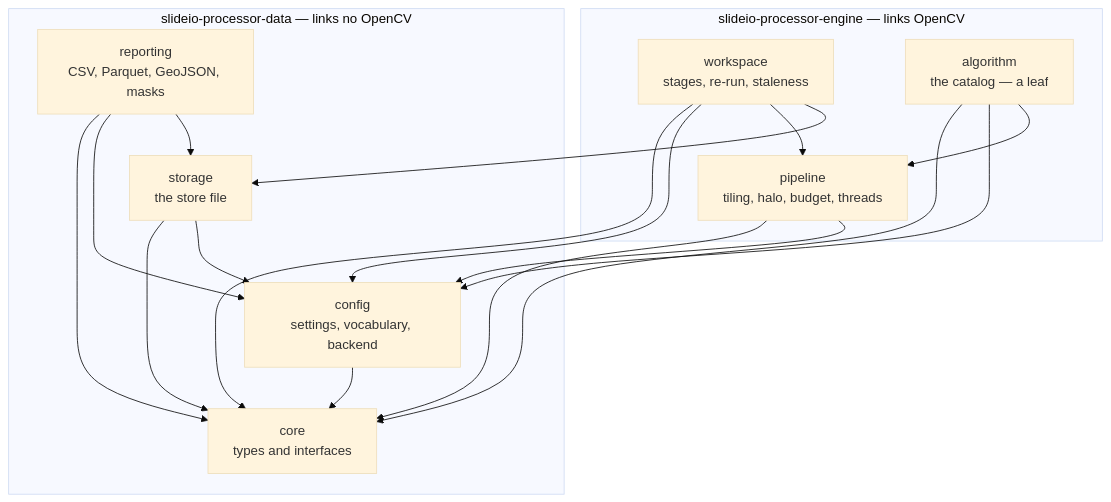
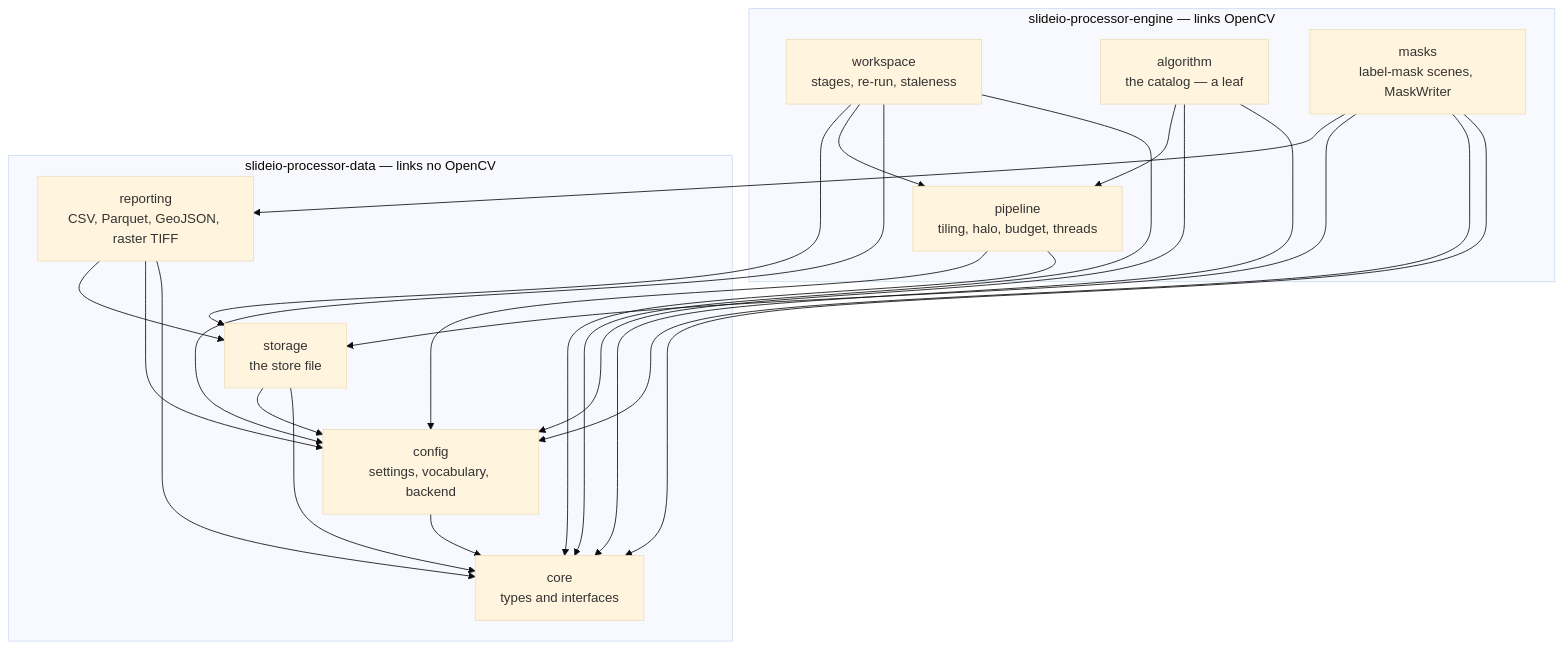
Before and after one commit to Booritas/slideio-processor: the first of 15 diagrams in docs/superpowers/specs/sds/08-class-diagrams.md, drawn with Mermaid (base theme). The commit also changed other lines of this file and 17 other files, not shown here.

Commit message:
feat(masks): lazy label-mask scene and lossless MaskWriter for any SlideIO scene

````diff
--- a/docs/superpowers/specs/sds/08-class-diagrams.md
+++ b/docs/superpowers/specs/sds/08-class-diagrams.md
@@ -40,30 +40,35 @@
 ```mermaid
 flowchart TB
     subgraph engine["slideio-processor-engine — links OpenCV"]
         workspace["workspace<br/>stages, re-run, staleness"]
         algorithm["algorithm<br/>the catalog — a leaf"]
         pipeline["pipeline<br/>tiling, halo, budget, threads"]
+        masks["masks<br/>label-mask scenes, MaskWriter"]
     end
     subgraph data["slideio-processor-data — links no OpenCV"]
-        reporting["reporting<br/>CSV, Parquet, GeoJSON, masks"]
+        reporting["reporting<br/>CSV, Parquet, GeoJSON, raster TIFF"]
         storage["storage<br/>the store file"]
         config["config<br/>settings, vocabulary, backend"]
         core["core<br/>types and interfaces"]
     end
 
     config --> core
     storage --> core
     storage --> config
     reporting --> core
     reporting --> config
     reporting --> storage
     pipeline --> core
     pipeline --> config
     algorithm --> core
     algorithm --> config
     algorithm --> pipeline
     workspace --> core
     workspace --> config
     workspace --> pipeline
     workspace --> storage
+    masks --> core
+    masks --> config
+    masks --> storage
+    masks --> reporting
 ```
````
